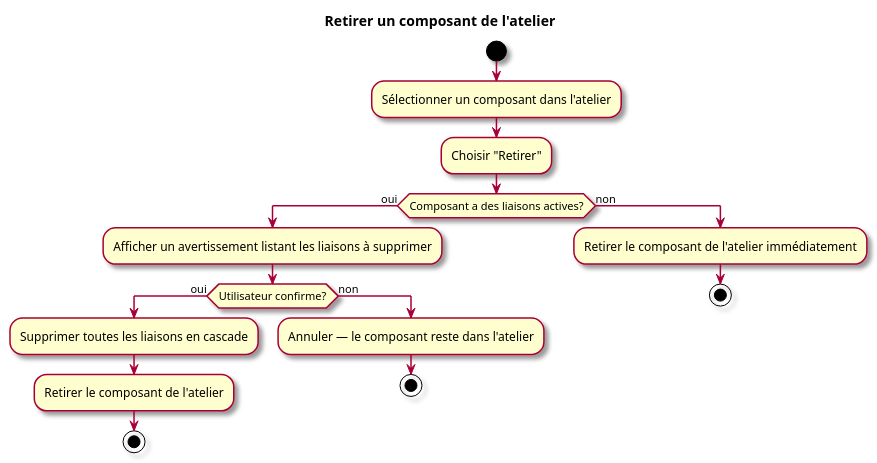
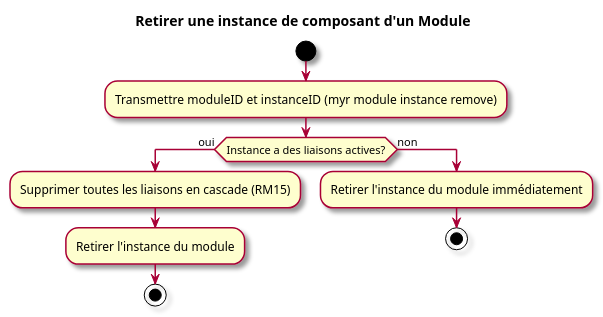
Before and after one commit to olivaux/myr: the third of 3 diagrams in specs/1-Expression/UCAM-Atelier_Module/UCAM08.md, drawn with PlantUML. The commit also changed other lines of this file and 65 other files, not shown here.

````diff
--- a/specs/1-Expression/UCAM-Atelier_Module/UCAM08.md
+++ b/specs/1-Expression/UCAM-Atelier_Module/UCAM08.md
@@ -90,23 +82,16 @@
 ```plantuml
 @startuml
 skin rose
-title Retirer un composant de l'atelier
+title Retirer une instance de composant d'un Module
 start
-:Sélectionner un composant dans l'atelier;
-:Choisir "Retirer";
-if (Composant a des liaisons actives?) then (oui)
-  :Afficher un avertissement listant les liaisons à supprimer;
-  if (Utilisateur confirme?) then (oui)
-    :Supprimer toutes les liaisons en cascade;
-    :Retirer le composant de l'atelier;
-    stop
-  else (non)
-    :Annuler — le composant reste dans l'atelier;
-    stop
-  endif
+:Transmettre moduleID et instanceID (myr module instance remove);
+if (Instance a des liaisons actives?) then (oui)
+  :Supprimer toutes les liaisons en cascade (RM15);
+  :Retirer l'instance du module;
+  stop
 else (non)
-  :Retirer le composant de l'atelier immédiatement;
+  :Retirer l'instance du module immédiatement;
   stop
 endif
 @enduml
 ```
````
